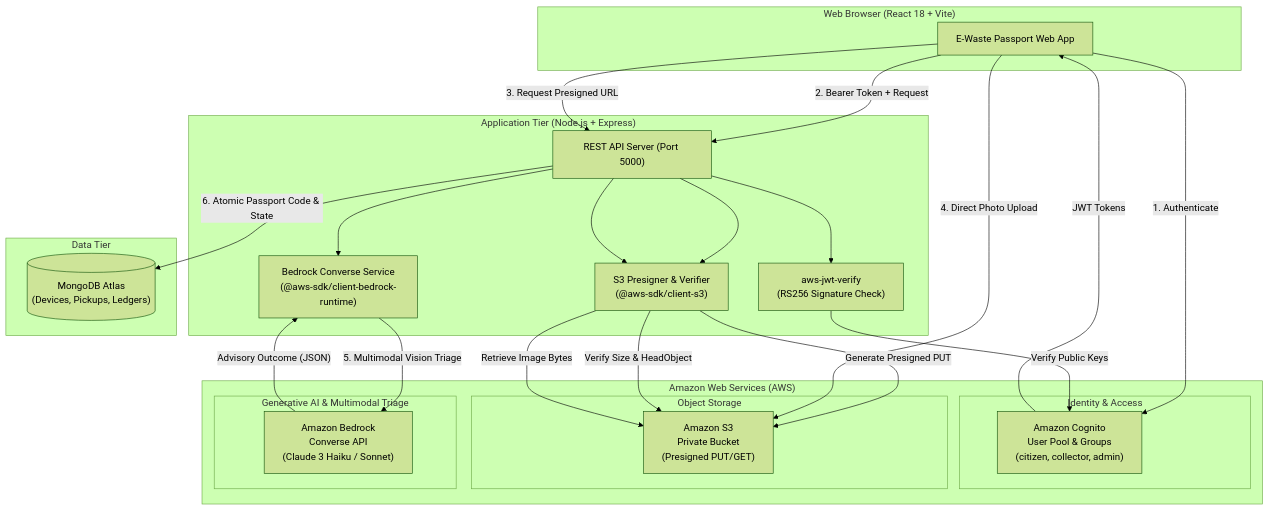
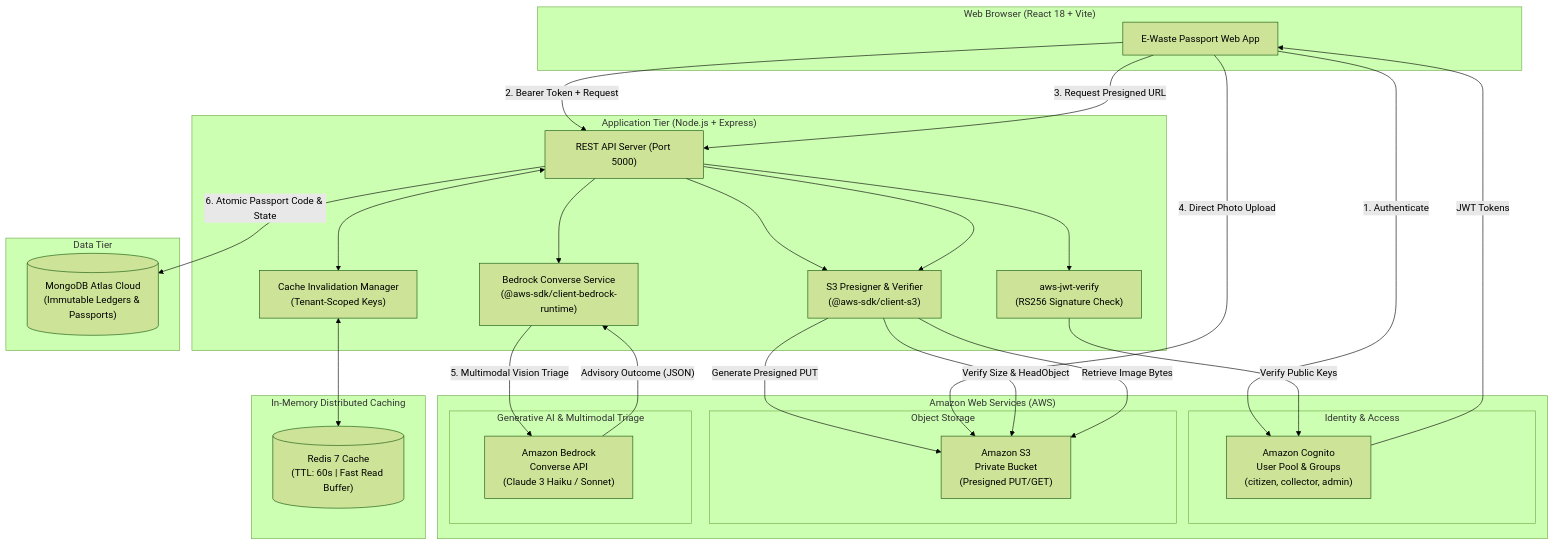
The first of 2 diagrams in README.md (Sanesh764/Energy_recycle), drawn with Mermaid (forest theme) before and after one commit. The commit also changed other lines of this file, not shown here.

Commit message:
feat: update README with enhanced project details, Redis caching integration, and improved testing metrics

````diff
--- a/README.md
+++ b/README.md
@@ -64,53 +68,60 @@
 ```mermaid
 flowchart TD
     subgraph Client["Web Browser (React 18 + Vite)"]
         UI["E-Waste Passport Web App"]
     end
 
     subgraph AWSCloud["Amazon Web Services (AWS)"]
         subgraph Auth["Identity & Access"]
             Cognito["Amazon Cognito\nUser Pool & Groups\n(citizen, collector, admin)"]
         end
 
         subgraph Storage["Object Storage"]
             S3["Amazon S3\nPrivate Bucket\n(Presigned PUT/GET)"]
         end
 
         subgraph GenAI["Generative AI & Multimodal Triage"]
             Bedrock["Amazon Bedrock\nConverse API\n(Claude 3 Haiku / Sonnet)"]
         end
     end
 
     subgraph Backend["Application Tier (Node.js + Express)"]
         API["REST API Server (Port 5000)"]
         JWTVerifier["aws-jwt-verify\n(RS256 Signature Check)"]
         S3Service["S3 Presigner & Verifier\n(@aws-sdk/client-s3)"]
         BedrockService["Bedrock Converse Service\n(@aws-sdk/client-bedrock-runtime)"]
+        CacheService["Cache Invalidation Manager\n(Tenant-Scoped Keys)"]
+    end
+
+    subgraph Caching["In-Memory Distributed Caching"]
+        Redis[("Redis 7 Cache\n(TTL: 60s | Fast Read Buffer)")]
     end
 
     subgraph Database["Data Tier"]
-        Mongo[("MongoDB Atlas\n(Devices, Pickups, Ledgers)")]
+        Mongo[("MongoDB Atlas Cloud\n(Immutable Ledgers & Passports)")]
     end
 
     %% Interactions
     UI -- "1. Authenticate" --> Cognito
     Cognito -- "JWT Tokens" --> UI
     UI -- "2. Bearer Token + Request" --> API
     API --> JWTVerifier
     JWTVerifier -- "Verify Public Keys" --> Cognito
 
     UI -- "3. Request Presigned URL" --> API
     API --> S3Service
     S3Service -- "Generate Presigned PUT" --> S3
     UI -- "4. Direct Photo Upload" --> S3
 
     API --> S3Service
     S3Service -- "Verify Size & HeadObject" --> S3
     S3Service -- "Retrieve Image Bytes" --> S3
     
     API --> BedrockService
     BedrockService -- "5. Multimodal Vision Triage" --> Bedrock
     Bedrock -- "Advisory Outcome (JSON)" --> BedrockService
 
+    API <--> CacheService
+    CacheService <--> Redis
     API -- "6. Atomic Passport Code & State" --> Mongo
 ```
````
